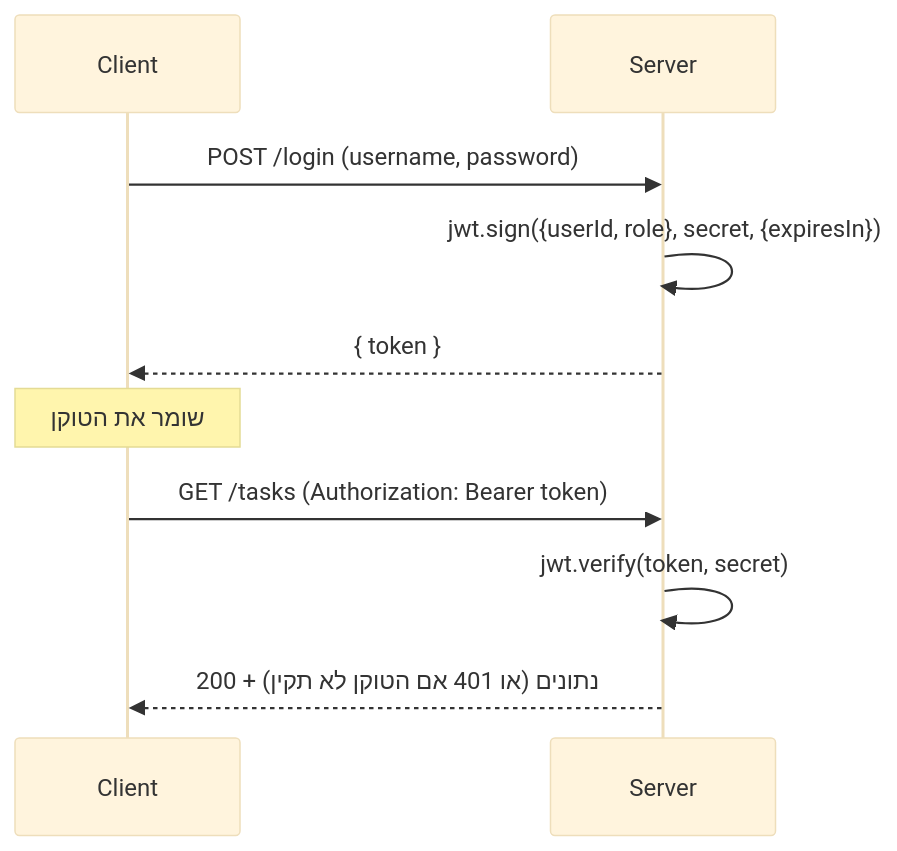
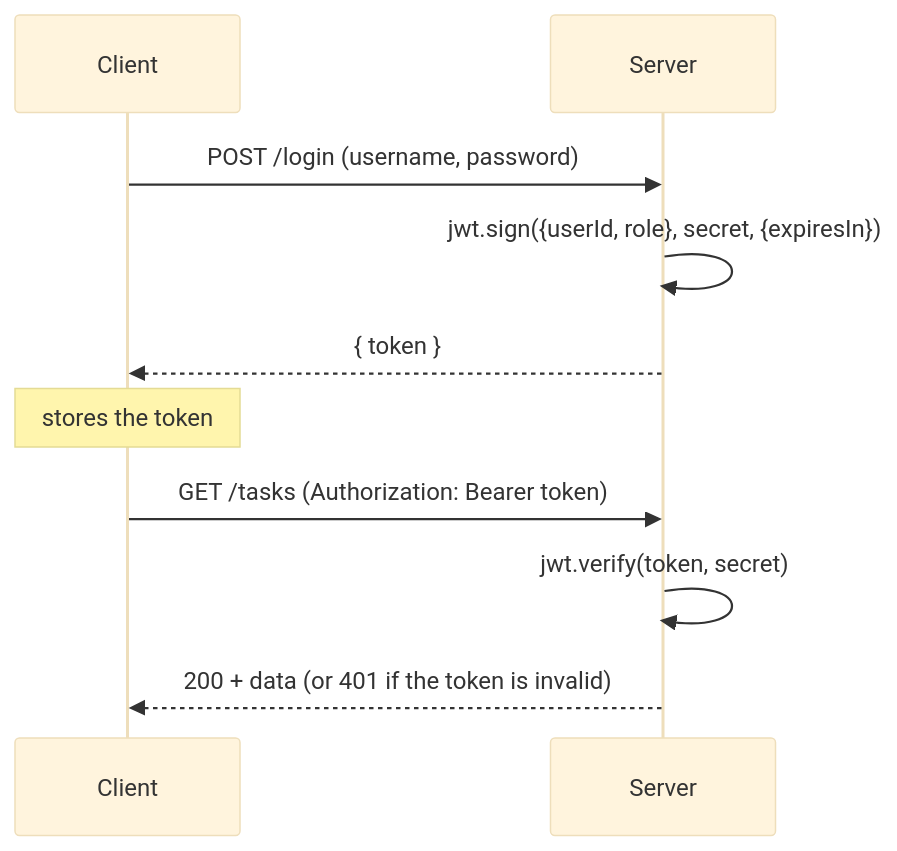
One commit to neriyaMalachi/FullStack_kodkode_5 changed the diagram in content/docs/additions/41-auth-jwt-content.md. Above: the diagram before and after it, drawn with Mermaid (base theme). The commit also changed other lines of this file and 117 other files, not shown here.

````diff
--- a/content/docs/additions/41-auth-jwt-content.md
+++ b/content/docs/additions/41-auth-jwt-content.md
@@ -60,12 +60,12 @@
 ```mermaid
 sequenceDiagram
     participant C as Client
     participant S as Server
     C->>S: POST /login (username, password)
     S->>S: jwt.sign({userId, role}, secret, {expiresIn})
     S-->>C: { token }
-    Note over C: שומר את הטוקן
+    Note over C: stores the token
     C->>S: GET /tasks (Authorization: Bearer token)
     S->>S: jwt.verify(token, secret)
-    S-->>C: 200 + נתונים (או 401 אם הטוקן לא תקין)
+    S-->>C: 200 + data (or 401 if the token is invalid)
 ```
````
